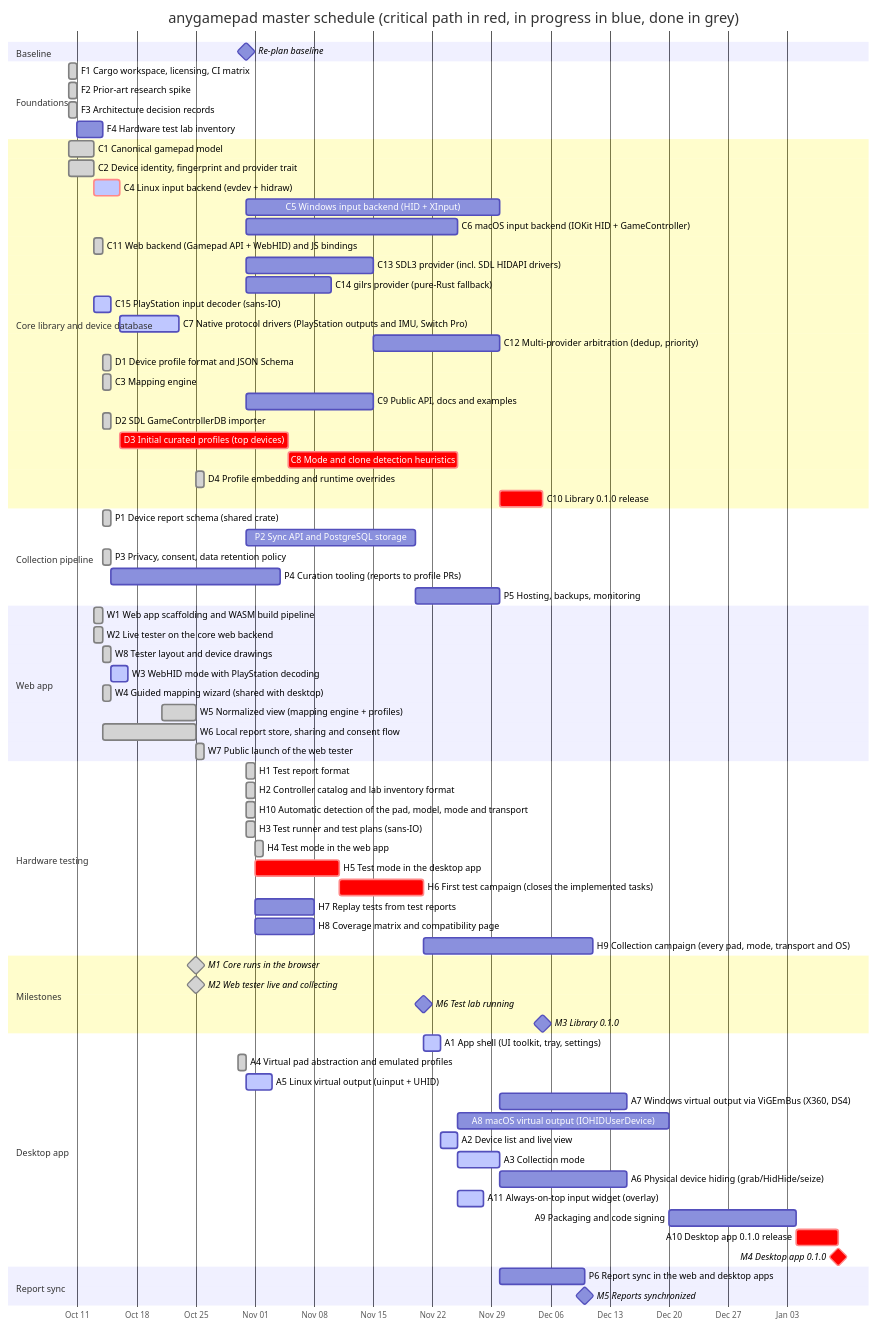
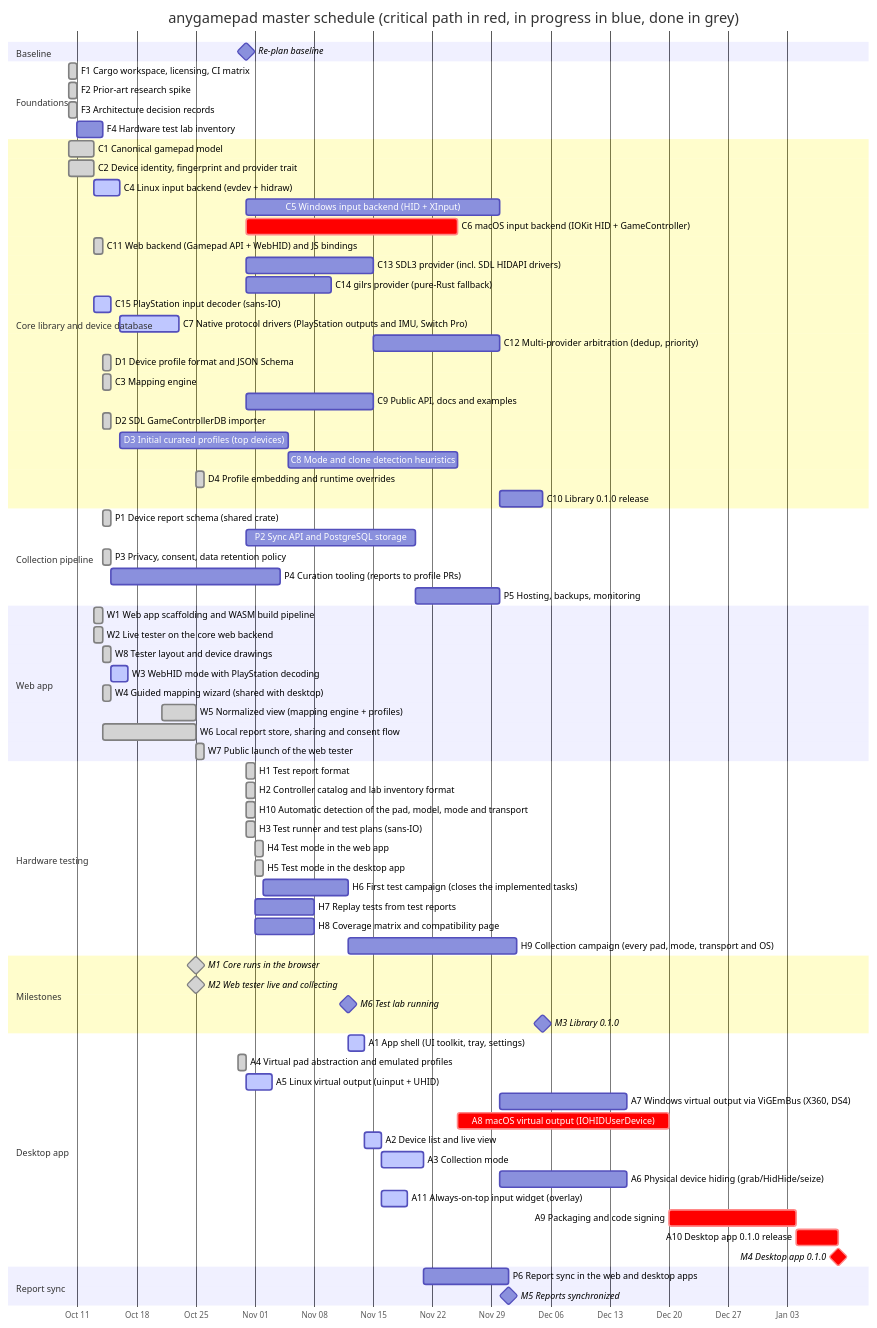
The second of 3 diagrams in ROADMAP/2026-10-31/README.md (anygamepad/anygamepad.github.io), drawn with Mermaid before and after one commit. The commit also changed other lines of this file and 31 other files, not shown here.

````diff
--- a/ROADMAP/2026-10-31/README.md
+++ b/ROADMAP/2026-10-31/README.md
@@ -194,80 +203,80 @@
 ```mermaid
 gantt
     dateFormat YYYY-MM-DD
     axisFormat %b %d
     title anygamepad master schedule (critical path in red, in progress in blue, done in grey)
     section Baseline
     Re-plan baseline :milestone, t0, 2026-10-31, 0d
     section Foundations
     F1 Cargo workspace, licensing, CI matrix :done, f1, 2026-10-10, 1d
     F2 Prior-art research spike :done, f2, 2026-10-10, 1d
     F3 Architecture decision records :done, f3, 2026-10-10, 1d
     F4 Hardware test lab inventory :f4, after f2 h2, 3d
     section Core library and device database
     C1 Canonical gamepad model :done, c1, 2026-10-10, 3d
     C2 Device identity, fingerprint and provider trait :done, c2, 2026-10-10, 3d
-    C4 Linux input backend (evdev + hidraw) :crit, active, c4, after c1 c2 h6, 3d
+    C4 Linux input backend (evdev + hidraw) :active, c4, after c1 c2 h6, 3d
     C5 Windows input backend (HID + XInput) :c5, after c1 c2 t0, 30d
-    C6 macOS input backend (IOKit HID + GameController) :c6, after c1 c2 t0, 25d
+    C6 macOS input backend (IOKit HID + GameController) :crit, c6, after c1 c2 t0, 25d
     C11 Web backend (Gamepad API + WebHID) and JS bindings :done, c11, 2026-10-13, 1d
     C13 SDL3 provider (incl. SDL HIDAPI drivers) :c13, after c1 c2 t0, 15d
     C14 gilrs provider (pure-Rust fallback) :c14, after c1 c2 t0, 10d
     C15 PlayStation input decoder (sans-IO) :active, c15, after c1 c2 h6, 2d
     C7 Native protocol drivers (PlayStation outputs and IMU, Switch Pro) :active, c7, after c4 c15, 7d
     C12 Multi-provider arbitration (dedup, priority) :c12, after c4 c13, 15d
     D1 Device profile format and JSON Schema :done, d1, 2026-10-14, 1d
     C3 Mapping engine :done, c3, 2026-10-14, 1d
     C9 Public API, docs and examples :c9, after c3 t0, 15d
     D2 SDL GameControllerDB importer :done, d2, 2026-10-14, 1d
-    D3 Initial curated profiles (top devices) :crit, d3, after d1 c4 f4 h6, 20d
-    C8 Mode and clone detection heuristics :crit, c8, after c3 c4 d3 h9, 20d
+    D3 Initial curated profiles (top devices) :d3, after d1 c4 f4 h6, 20d
+    C8 Mode and clone detection heuristics :c8, after c3 c4 d3 h9, 20d
     D4 Profile embedding and runtime overrides :done, d4, 2026-10-25, 1d
-    C10 Library 0.1.0 release :crit, c10, after c5 c6 c7 c8 c9 c11 c12 c14 d4, 5d
+    C10 Library 0.1.0 release :c10, after c5 c6 c7 c8 c9 c11 c12 c14 d4, 5d
     section Collection pipeline
     P1 Device report schema (shared crate) :done, p1, 2026-10-14, 1d
     P2 Sync API and PostgreSQL storage :p2, after p1 t0, 20d
     P3 Privacy, consent, data retention policy :done, p3, 2026-10-14, 1d
     P4 Curation tooling (reports to profile PRs) :p4, after p1 d1 h1, 20d
     P5 Hosting, backups, monitoring :p5, after p2, 10d
     section Web app
     W1 Web app scaffolding and WASM build pipeline :done, w1, 2026-10-13, 1d
     W2 Live tester on the core web backend :done, w2, 2026-10-13, 1d
     W8 Tester layout and device drawings :done, w8, 2026-10-14, 1d
     W3 WebHID mode with PlayStation decoding :active, w3, after w2 c15 w8 h6, 2d
     W4 Guided mapping wizard (shared with desktop) :done, w4, 2026-10-14, 1d
     W5 Normalized view (mapping engine + profiles) :done, w5, 2026-10-21, 4d
     W6 Local report store, sharing and consent flow :done, w6, 2026-10-14, 11d
     W7 Public launch of the web tester :done, w7, 2026-10-25, 1d
     section Hardware testing
     H1 Test report format :done, h1, 2026-10-31, 1d
     H2 Controller catalog and lab inventory format :done, h2, 2026-10-31, 1d
     H10 Automatic detection of the pad, model, mode and transport :done, h10, 2026-10-31, 1d
     H3 Test runner and test plans (sans-IO) :done, h3, 2026-10-31, 1d
     H4 Test mode in the web app :done, h4, 2026-11-01, 1d
-    H5 Test mode in the desktop app :crit, h5, after h3 h10, 10d
-    H6 First test campaign (closes the implemented tasks) :crit, h6, after h4 h5 f4, 10d
+    H5 Test mode in the desktop app :done, h5, 2026-11-01, 1d
+    H6 First test campaign (closes the implemented tasks) :h6, after h4 h5 f4, 10d
     H7 Replay tests from test reports :h7, after h3, 7d
     H8 Coverage matrix and compatibility page :h8, after h1 f4, 7d
     H9 Collection campaign (every pad, mode, transport and OS) :h9, after h6, 20d
     section Milestones
     M1 Core runs in the browser :milestone, done, m1, 2026-10-25, 0d
     M2 Web tester live and collecting :milestone, done, m2, 2026-10-25, 0d
     M6 Test lab running :milestone, m6, after h6, 0d
     M3 Library 0.1.0 :milestone, m3, after c10, 0d
     section Desktop app
     A1 App shell (UI toolkit, tray, settings) :active, a1, after f3 m2 h6, 2d
     A4 Virtual pad abstraction and emulated profiles :done, a4, 2026-10-30, 1d
     A5 Linux virtual output (uinput + UHID) :active, a5, after a4 c4, 3d
     A7 Windows virtual output via ViGEmBus (X360, DS4) :a7, after a4 c5, 15d
-    A8 macOS virtual output (IOHIDUserDevice) :a8, after a4 c6, 25d
+    A8 macOS virtual output (IOHIDUserDevice) :crit, a8, after a4 c6, 25d
     A2 Device list and live view :active, a2, after a1 c4, 2d
     A3 Collection mode :active, a3, after a2 w4 p1 p3, 5d
     A6 Physical device hiding (grab/HidHide/seize) :a6, after a5 c5 c6, 15d
     A11 Always-on-top input widget (overlay) :active, a11, after a2, 3d
-    A9 Packaging and code signing :a9, after a3 a6 a7 a8 a11, 15d
+    A9 Packaging and code signing :crit, a9, after a3 a6 a7 a8 a11, 15d
     A10 Desktop app 0.1.0 release :crit, a10, after a9 c10, 5d
     M4 Desktop app 0.1.0 :milestone, crit, m4, after a10, 0d
     section Report sync
     P6 Report sync in the web and desktop apps :p6, after p2 w6 a3, 10d
     M5 Reports synchronized :milestone, m5, after p5 p6, 0d
 ```
````
